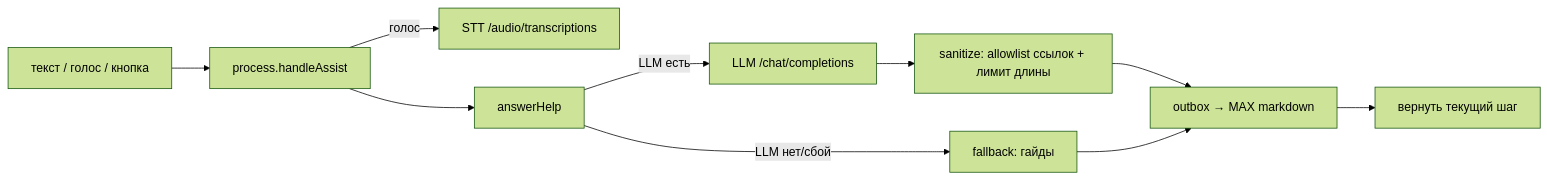
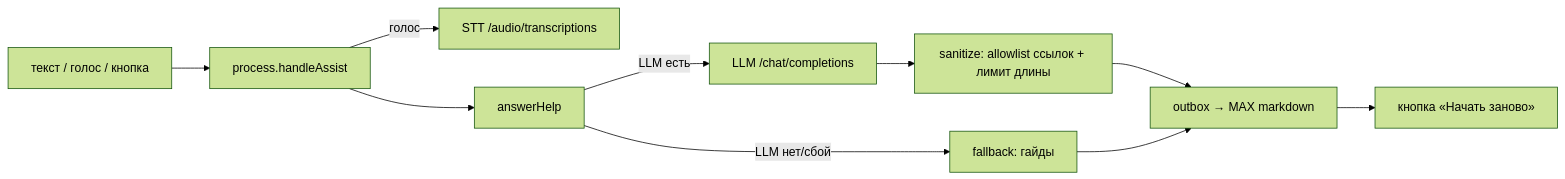
One commit to IvanBurtsev/Helpmax changed the third of 3 diagrams in docs/architecture.md. Above: the diagram before and after it, drawn with Mermaid (forest theme). The commit also changed other lines of this file and 38 other files, not shown here.

````diff
--- a/docs/architecture.md
+++ b/docs/architecture.md
@@ -328,12 +329,12 @@
 ```mermaid
 flowchart LR
   T[текст / голос / кнопка] --> P[process.handleAssist]
   P -->|голос| STT[STT /audio/transcriptions]
   P --> Q[answerHelp]
   Q -->|LLM есть| L[LLM /chat/completions]
   Q -->|LLM нет/сбой| F[fallback: гайды]
   L --> S[sanitize: allowlist ссылок + лимит длины]
   S --> O[outbox → MAX markdown]
   F --> O
-  O --> R[вернуть текущий шаг]
+  O --> R[кнопка «Начать заново»]
 ```
````
